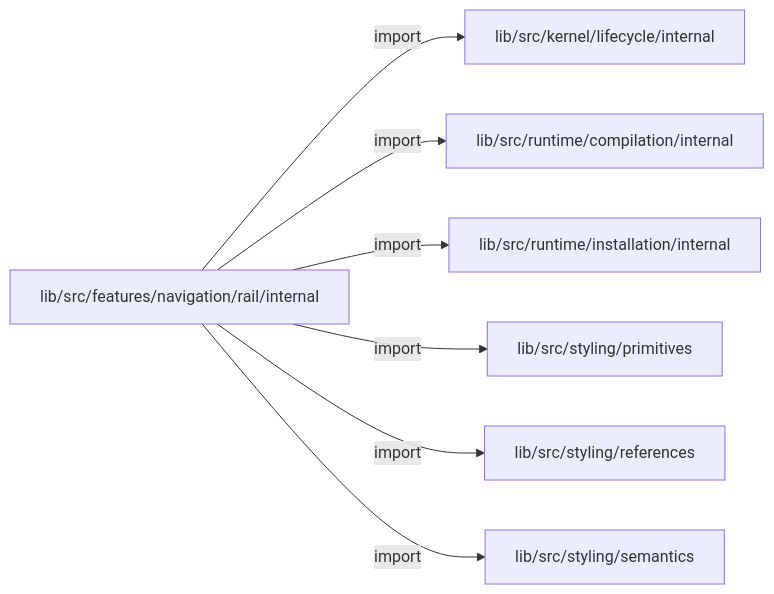
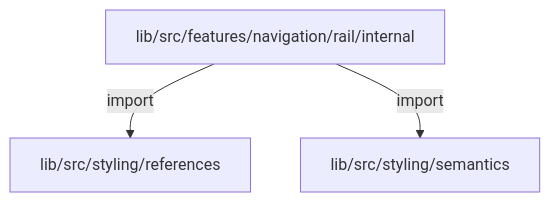
Before and after one commit to MiuDog/Kallopis: the second of 3 diagrams in docs/architecture/src/features/navigation/rail/internal/README.md, drawn with Mermaid. The commit also changed other lines of this file and 9688 other files, not shown here.

Commit message:
Prepare isolated Flow F2 peer baseline

````diff
--- a/docs/architecture/src/features/navigation/rail/internal/README.md
+++ b/docs/architecture/src/features/navigation/rail/internal/README.md
@@ -40,16 +40,8 @@
 ```mermaid
-flowchart LR
+flowchart TD
 	n0["lib/src/features/navigation/rail/internal"]
-	n1["lib/src/kernel/lifecycle/internal"]
-	n2["lib/src/runtime/compilation/internal"]
-	n3["lib/src/runtime/installation/internal"]
-	n4["lib/src/styling/primitives"]
-	n5["lib/src/styling/references"]
-	n6["lib/src/styling/semantics"]
+	n1["lib/src/styling/references"]
+	n2["lib/src/styling/semantics"]
 	n0 -->|"import"| n1
 	n0 -->|"import"| n2
-	n0 -->|"import"| n3
-	n0 -->|"import"| n4
-	n0 -->|"import"| n5
-	n0 -->|"import"| n6
 ```
````
